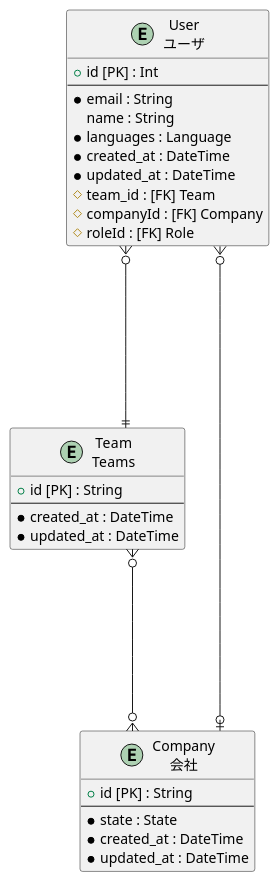
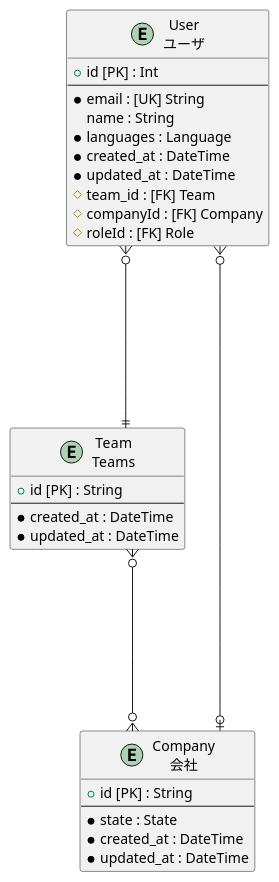
One commit to dbgso/prisma-generator-plantuml-erd changed the third of 5 diagrams in packages/usage/prisma/example.puml. Above: the diagram before and after it, drawn with PlantUML. The commit also changed other lines of this file and 4 other files, not shown here.

```diff
--- a/packages/usage/prisma/example.puml
+++ b/packages/usage/prisma/example.puml
@@ -122,37 +122,37 @@
 @startuml Team
 skinparam linetype ortho
 entity "User\nユーザ" as User {
 + id [PK] : Int 
 --
-  * email : String
+  * email : [UK] String
   name : String
   * languages : Language
   * created_at : DateTime
   * updated_at : DateTime
   # team_id : [FK] Team
   # companyId : [FK] Company
   # roleId : [FK] Role
 }
 
 entity "Team\nTeams" as Team {
 + id [PK] : String 
 --
   * created_at : DateTime
   * updated_at : DateTime
 }
 
 entity "Company\n会社" as Company {
 + id [PK] : String 
 --
   * state : State
   * created_at : DateTime
   * updated_at : DateTime
 }
 
 ' Relations
 User }o----|| Team
 User }o----o| Company
 ' ManyToMany Relations
 Team }o----o{ Company
 ' enum relations
 @enduml
```
